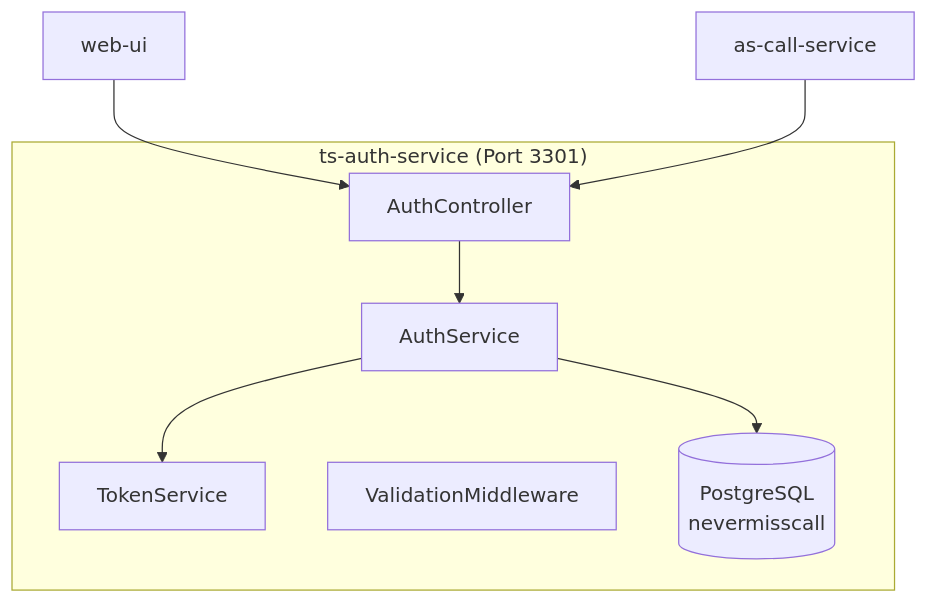
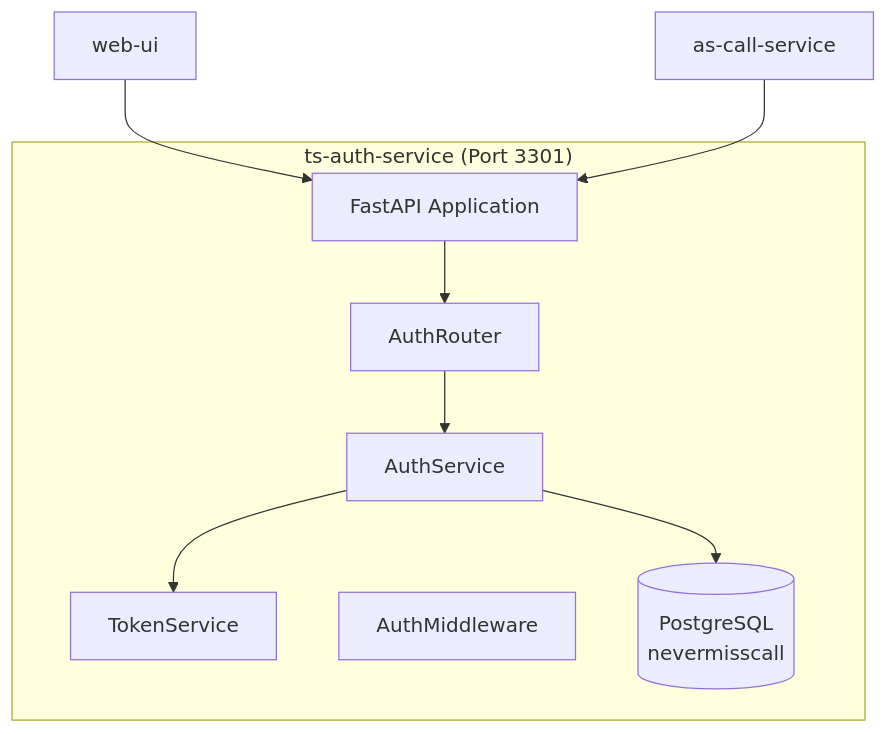
The diagram in docs/services/phase-1/ts-auth-service.md (kyoungd/nevermisscall), drawn with Mermaid before and after one commit. The commit also changed other lines of this file and 39 other files, not shown here.

````diff
--- a/docs/services/phase-1/ts-auth-service.md
+++ b/docs/services/phase-1/ts-auth-service.md
@@ -39,16 +39,18 @@
 ```mermaid
 graph TB
     subgraph "ts-auth-service (Port 3301)"
-        AuthController[AuthController]
+        FastAPIApp[FastAPI Application]
+        AuthRouter[AuthRouter]
         AuthService[AuthService]
         TokenService[TokenService]
-        ValidationMiddleware[ValidationMiddleware]
+        AuthMiddleware[AuthMiddleware]
         Database[(PostgreSQL<br/>nevermisscall)]
     end
     
-    WebUI[web-ui] --> AuthController
-    ASCallService[as-call-service] --> AuthController
-    AuthController --> AuthService
+    WebUI[web-ui] --> FastAPIApp
+    ASCallService[as-call-service] --> FastAPIApp
+    FastAPIApp --> AuthRouter
+    AuthRouter --> AuthService
     AuthService --> TokenService
     AuthService --> Database
 ```
````
